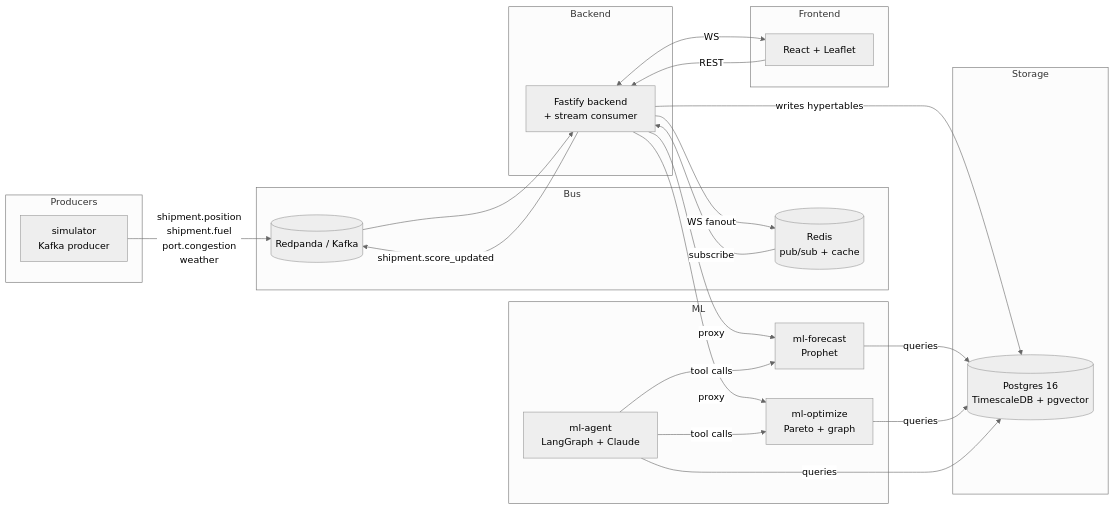
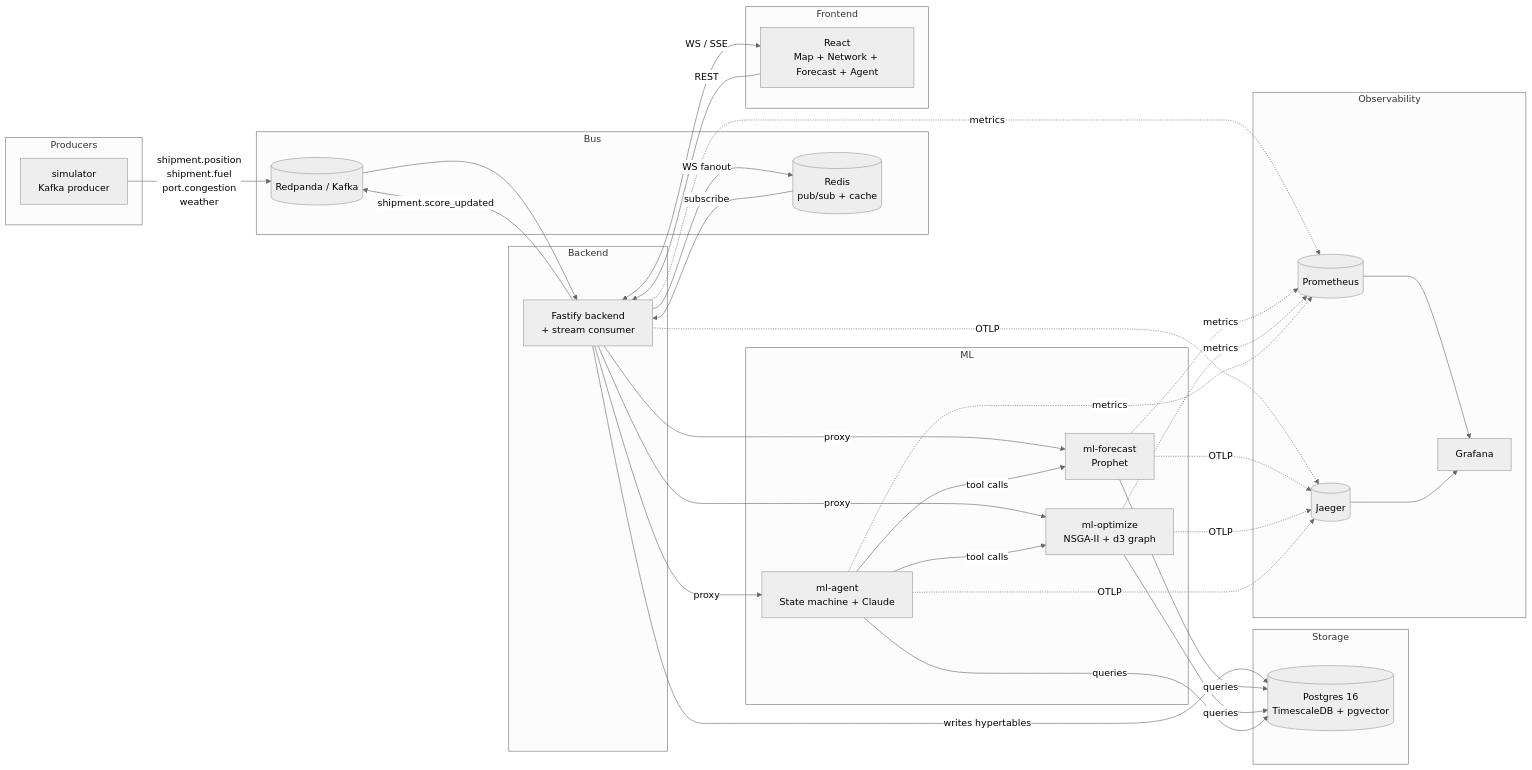
Before and after one commit to thebharathkumar/Smart-supply: the diagram in README.md, drawn with Mermaid (neutral theme). The commit also changed other lines of this file and 1 other file, not shown here.

````diff
--- a/README.md
+++ b/README.md
@@ -12,45 +12,62 @@
 ```mermaid
 flowchart LR
     subgraph Producers
         SIM[simulator<br/>Kafka producer]
     end
 
     subgraph Bus
         K[(Redpanda / Kafka)]
         R[(Redis<br/>pub/sub + cache)]
     end
 
     subgraph Backend
         BE[Fastify backend<br/>+ stream consumer]
     end
 
     subgraph Storage
         PG[(Postgres 16<br/>TimescaleDB + pgvector)]
     end
 
     subgraph ML
         F[ml-forecast<br/>Prophet]
-        O[ml-optimize<br/>Pareto + graph]
-        A[ml-agent<br/>LangGraph + Claude]
+        O[ml-optimize<br/>NSGA-II + d3 graph]
+        A[ml-agent<br/>State machine + Claude]
     end
 
     subgraph Frontend
-        FE[React + Leaflet]
+        FE[React<br/>Map + Network + Forecast + Agent]
+    end
+
+    subgraph Observability
+        J[(Jaeger)]
+        P[(Prometheus)]
+        G[Grafana]
     end
 
     SIM -- shipment.position<br/>shipment.fuel<br/>port.congestion<br/>weather --> K
     K --> BE
     BE -- writes hypertables --> PG
     BE -- shipment.score_updated --> K
     BE -- WS fanout --> R
     R -- subscribe --> BE
-    BE <-- WS --> FE
+    BE <-- WS / SSE --> FE
     FE -- REST --> BE
     BE -- proxy --> F
     BE -- proxy --> O
+    BE -- proxy --> A
     A -- tool calls --> F
     A -- tool calls --> O
     F -- queries --> PG
     O -- queries --> PG
     A -- queries --> PG
+    BE -. OTLP .-> J
+    F -. OTLP .-> J
+    O -. OTLP .-> J
+    A -. OTLP .-> J
+    BE -. metrics .-> P
+    F -. metrics .-> P
+    O -. metrics .-> P
+    A -. metrics .-> P
+    P --> G
+    J --> G
 ```
````
